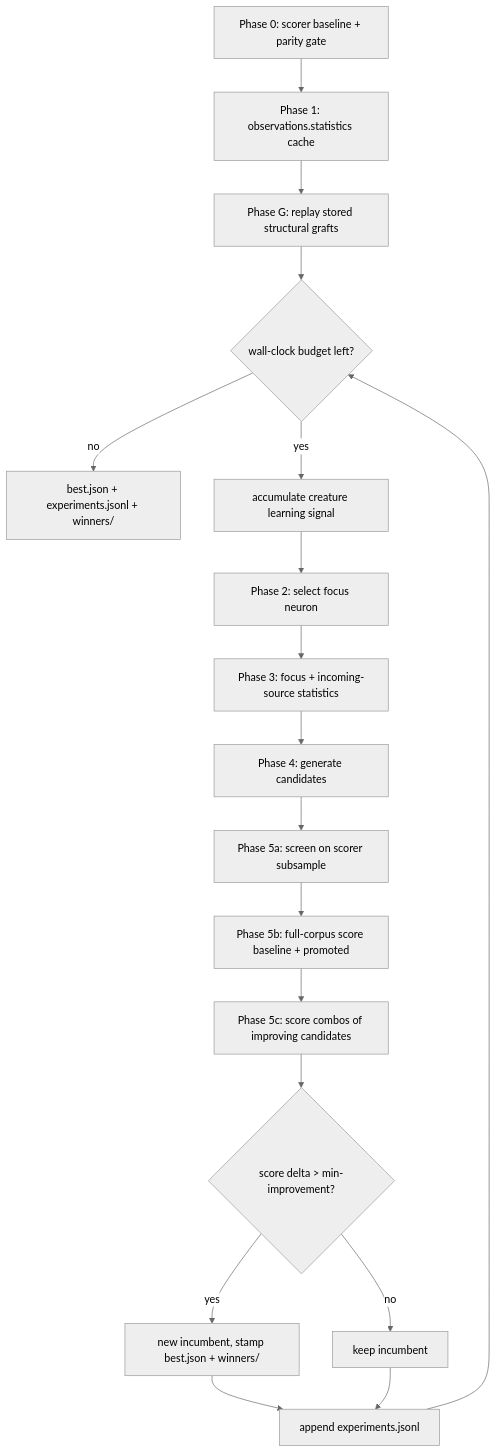
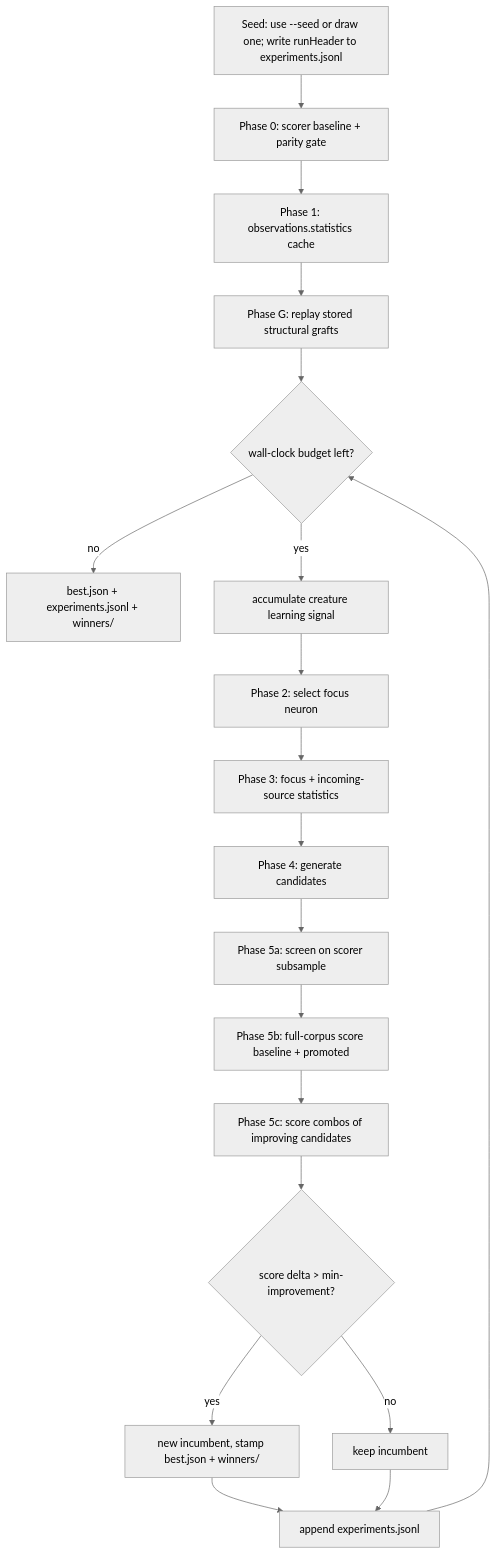
Before and after one commit to stSoftwareAU/NEAT-AI-Lamarck: the diagram in README.md, drawn with Mermaid (neutral theme). The commit also changed other lines of this file and 4 other files, not shown here.

First line of the commit message:
Record the effective seed and run config in the journal (Issue #71)

````diff
--- a/README.md
+++ b/README.md
@@ -189,20 +189,21 @@
 ```mermaid
 flowchart TD
+    SEED[Seed: use --seed or draw one; write runHeader to experiments.jsonl] --> P0
     P0[Phase 0: scorer baseline + parity gate] --> OBS[Phase 1: observations.statistics cache]
     OBS --> G[Phase G: replay stored structural grafts]
     G --> LOOP{wall-clock budget left?}
     LOOP -- no --> OUT[best.json + experiments.jsonl + winners/]
     LOOP -- yes --> LRN[accumulate creature learning signal]
     LRN --> F[Phase 2: select focus neuron]
     F --> AN[Phase 3: focus + incoming-source statistics]
     AN --> GEN[Phase 4: generate candidates]
     GEN --> SCR[Phase 5a: screen on scorer subsample]
     SCR --> PRO[Phase 5b: full-corpus score baseline + promoted]
     PRO --> CMB[Phase 5c: score combos of improving candidates]
     CMB --> ACC{score delta > min-improvement?}
     ACC -- yes --> NEW[new incumbent, stamp best.json + winners/]
     ACC -- no --> KEEP[keep incumbent]
     NEW --> J[append experiments.jsonl]
     KEEP --> J
     J --> LOOP
 ```
````
